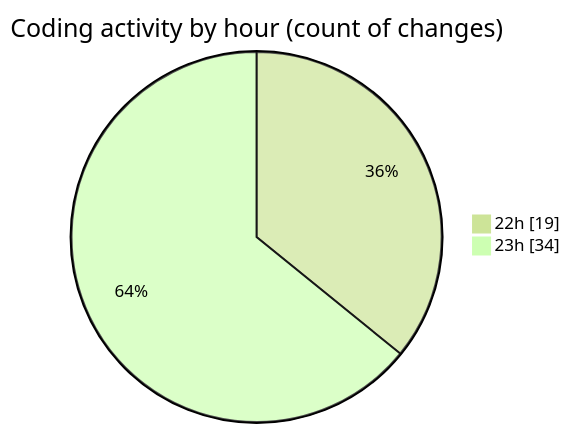
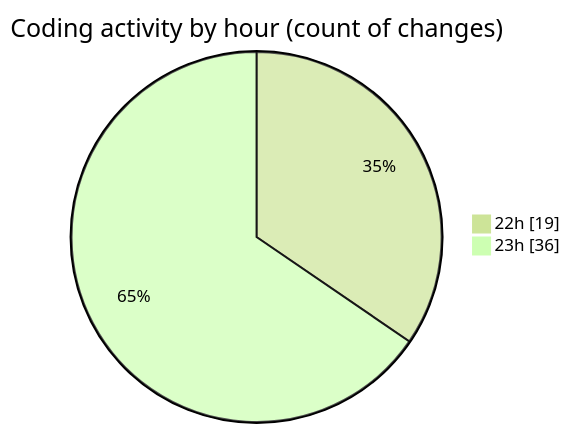
Before and after one commit to lephambinh05/code-tracking: the second of 2 diagrams in 2025-08-20/napxuvn/README.md, drawn with Mermaid (forest theme). The commit also changed other lines of this file and 1 other file, not shown here.

````diff
--- a/2025-08-20/napxuvn/README.md
+++ b/2025-08-20/napxuvn/README.md
@@ -39,6 +40,6 @@
 ```mermaid
 pie showData
 title Coding activity by hour (count of changes)
 "22h" : 19
-"23h" : 34
+"23h" : 36
 ```
````
